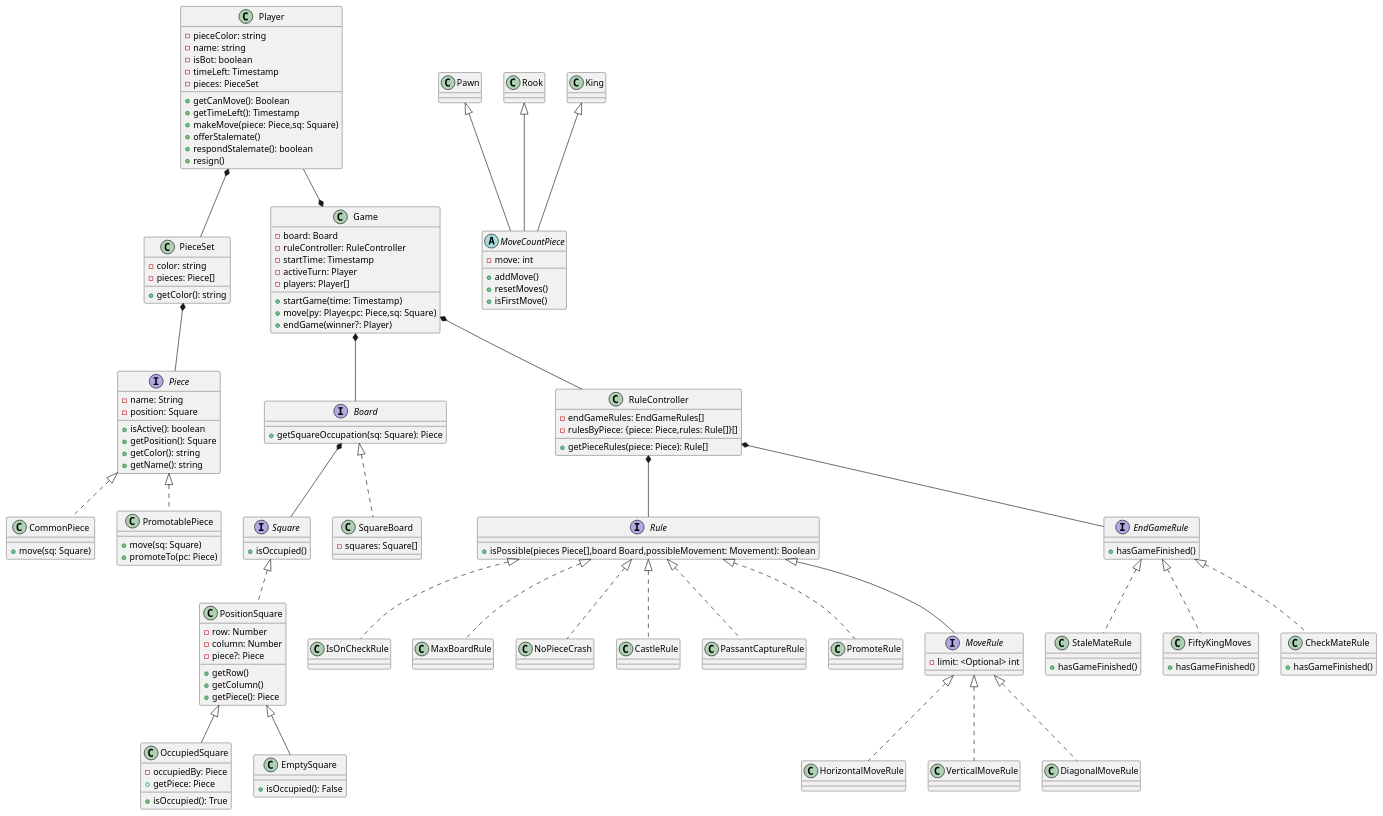
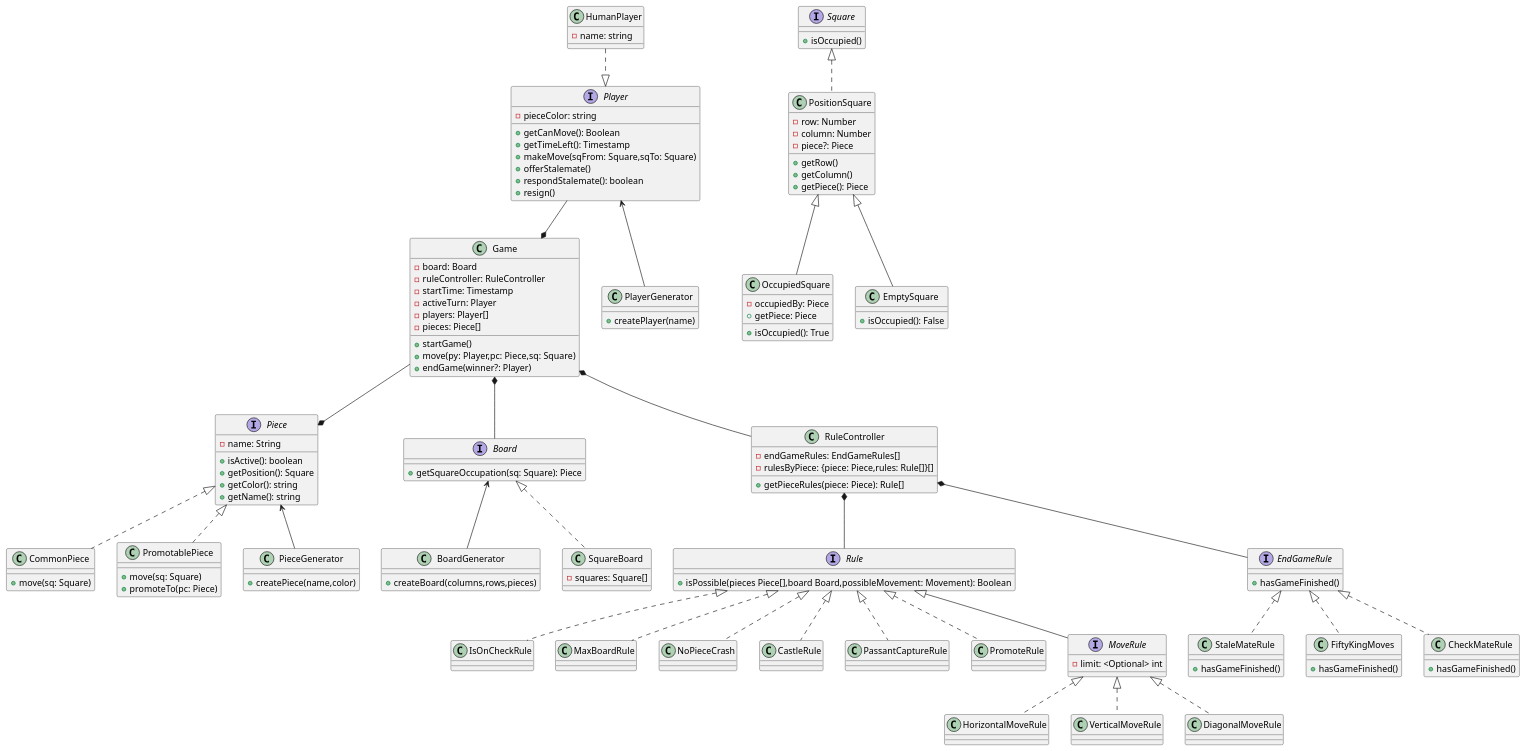
One commit to Nachoferra1894/chess changed the diagram in tp3/tp3.puml. Above: the diagram before and after it, drawn with PlantUML. The commit also changed 18 other files, not shown here.

```diff
--- a/tp3/tp3.puml
+++ b/tp3/tp3.puml
@@ -1,141 +1,145 @@
 @startuml
 'Pieces
 interface Piece {
     - name: String
-    - position: Square
     + isActive(): boolean
     + getPosition(): Square
     + getColor(): string
     + getName(): string
-}
-abstract class MoveCountPiece {
-    - move: int
-    + addMove()
-    + resetMoves()
-    + isFirstMove()
 }
 class CommonPiece implements Piece {
     + move(sq: Square)
 }
 class PromotablePiece implements Piece {
     + move(sq: Square)
     + promoteTo(pc: Piece)
 }
-class PieceSet {
-    - color: string
-    - pieces: Piece[]
-    + getColor(): string
-}
-
 'Game objects
 class Game {
     - board: Board
     - ruleController: RuleController
     - startTime: Timestamp
     - activeTurn: Player
     - players: Player[]
-    + startGame(time: Timestamp)
+    - pieces: Piece[]
+    + startGame()
     + move(py: Player,pc: Piece,sq: Square)
     + endGame(winner?: Player)
 }
+class BoardGenerator {
+    + createBoard(columns,rows,pieces)
+}
+class PieceGenerator {
+    + createPiece(name,color)
+}
+class PlayerGenerator{
+    + createPlayer(name)
+}
+Player <-- PlayerGenerator
+Board <-- BoardGenerator
+Piece <-- PieceGenerator
+
+
 interface Square {
     + isOccupied()
 
 }
 class PositionSquare implements Square{
     - row: Number
     - column: Number
     - piece?: Piece
     + getRow()
     + getColumn()
     + getPiece(): Piece
 }
 class OccupiedSquare extends PositionSquare{
     - occupiedBy: Piece
     + getPiece: Piece
     + isOccupied(): True
 }
 class EmptySquare extends PositionSquare{
     + isOccupied(): False
 }
 interface Board {
     + getSquareOccupation(sq: Square): Piece
 }
 class SquareBoard implements Board{
     - squares: Square[]
 }
+'class Timer {
+'    - startGameTime: Timestamp
+'    - maxTime: Timestamp
+'    + resumeTimer()
+'    + stopTimer()
+'    + endGame()
+'}
 
-class Player {
+interface Player {
     - pieceColor: string
-    - name: string
-    - isBot: boolean
-    - timeLeft: Timestamp
-    - pieces: PieceSet
     + getCanMove(): Boolean
     + getTimeLeft(): Timestamp
-    + makeMove(piece: Piece,sq: Square)
+    + makeMove(sqFrom: Square,sqTo: Square)
     + offerStalemate()
     + respondStalemate(): boolean
     + resign()
 }
-Pawn <|-- MoveCountPiece
-Rook <|-- MoveCountPiece
-King <|-- MoveCountPiece
-Board *--  Square
-PieceSet *--  Piece
+class HumanPlayer {
+    - name: string
+}
+HumanPlayer ..|> Player
+Game --*  Piece
 
 
-Player *--  PieceSet
 Game *--  Board
 Player --*  Game
 
 'Rules
 class RuleController {
     - endGameRules: EndGameRules[]
     - rulesByPiece: {piece: Piece,rules: Rule[]}[]
     + getPieceRules(piece: Piece): Rule[]
 }
 
 RuleController *-- Rule
 RuleController *--  EndGameRule
 Game *-- RuleController
 
 interface EndGameRule {
     + hasGameFinished()
 }
 class StaleMateRule implements EndGameRule{
     + hasGameFinished()
 }
 class FiftyKingMoves implements EndGameRule{
     + hasGameFinished()
 }
 class CheckMateRule implements EndGameRule{
     + hasGameFinished()
 }
 interface Rule {
     + isPossible(pieces Piece[],board Board,possibleMovement: Movement): Boolean
 }
 class IsOnCheckRule implements Rule{
 }
 class MaxBoardRule implements Rule {
 }
 class NoPieceCrash implements Rule {
 }
 class CastleRule implements Rule {
 }
 class PassantCaptureRule implements Rule {
 }
 class PromoteRule implements Rule {
 }
 interface MoveRule extends Rule {
     - limit: <Optional> int
 }
 class HorizontalMoveRule implements MoveRule {
 }
 class VerticalMoveRule implements MoveRule {
 }
 class DiagonalMoveRule implements MoveRule {
 }
 
 
 @enduml
```
